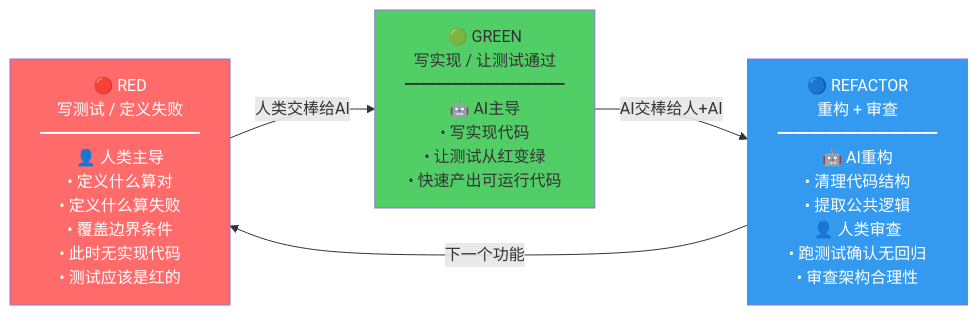
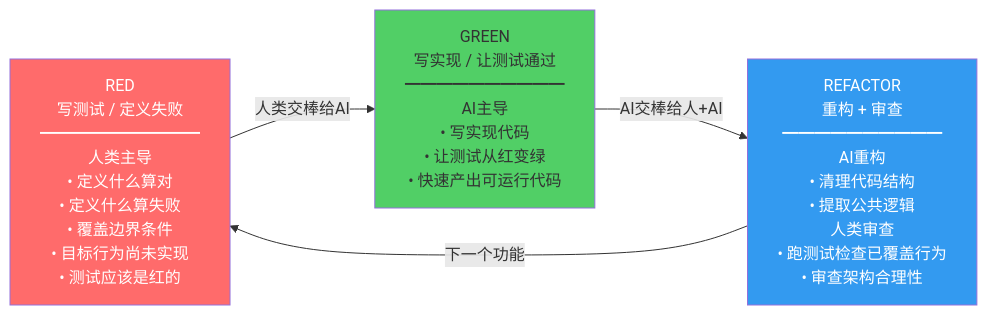
One commit to linan109/harness-engineering-book changed the first of 2 diagrams in diagrams/tdd-cycle.md. Above: the diagram before and after it, drawn with Mermaid. The commit also changed other lines of this file and 53 other files, not shown here.

````diff
--- a/diagrams/tdd-cycle.md
+++ b/diagrams/tdd-cycle.md
@@ -9,16 +9,16 @@
 ```mermaid
 graph LR
-    RED["🔴 RED<br/>写测试 / 定义失败<br/>━━━━━━━━━━<br/>👤 人类主导<br/>• 定义什么算对<br/>• 定义什么算失败<br/>• 覆盖边界条件<br/>• 此时无实现代码<br/>• 测试应该是红的"]
+    RED["RED<br/>写测试 / 定义失败<br/>━━━━━━━━━━<br/>人类主导<br/>• 定义什么算对<br/>• 定义什么算失败<br/>• 覆盖边界条件<br/>• 目标行为尚未实现<br/>• 测试应该是红的"]
     
-    GREEN["🟢 GREEN<br/>写实现 / 让测试通过<br/>━━━━━━━━━━<br/>🤖 AI主导<br/>• 写实现代码<br/>• 让测试从红变绿<br/>• 快速产出可运行代码"]
+    GREEN["GREEN<br/>写实现 / 让测试通过<br/>━━━━━━━━━━<br/>AI主导<br/>• 写实现代码<br/>• 让测试从红变绿<br/>• 快速产出可运行代码"]
     
-    REFACTOR["🔵 REFACTOR<br/>重构 + 审查<br/>━━━━━━━━━━<br/>🤖 AI重构<br/>• 清理代码结构<br/>• 提取公共逻辑<br/>👤 人类审查<br/>• 跑测试确认无回归<br/>• 审查架构合理性"]
+    REFACTOR["REFACTOR<br/>重构 + 审查<br/>━━━━━━━━━━<br/>AI重构<br/>• 清理代码结构<br/>• 提取公共逻辑<br/>人类审查<br/>• 跑测试检查已覆盖行为<br/>• 审查架构合理性"]
 
     RED -->|"人类交棒给AI"| GREEN
     GREEN -->|"AI交棒给人+AI"| REFACTOR
     REFACTOR -->|"下一个功能"| RED
 
     style RED fill:#ff6b6b,color:#fff
     style GREEN fill:#51cf66,color:#333
     style REFACTOR fill:#339af0,color:#fff
 ```
````
